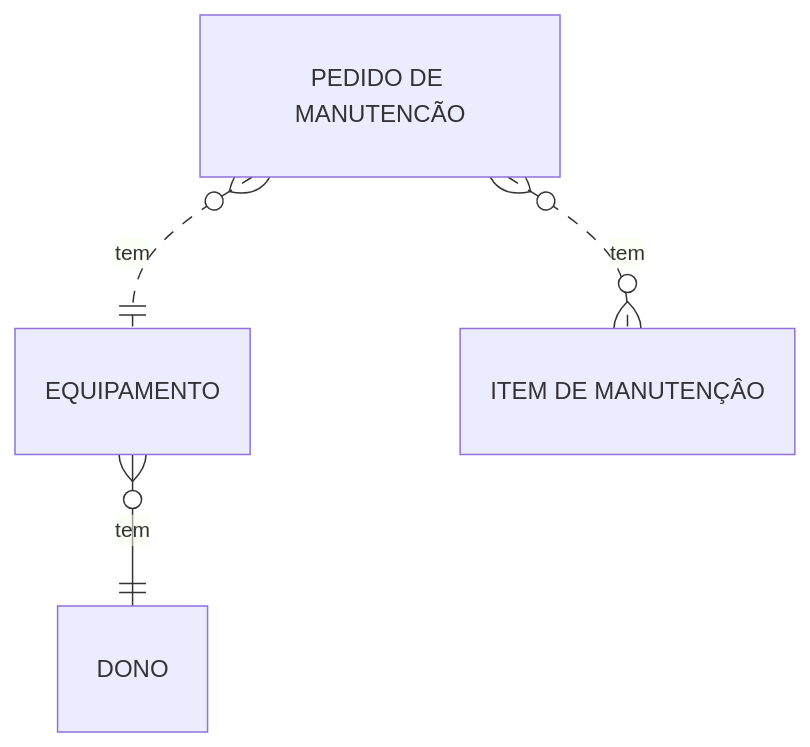
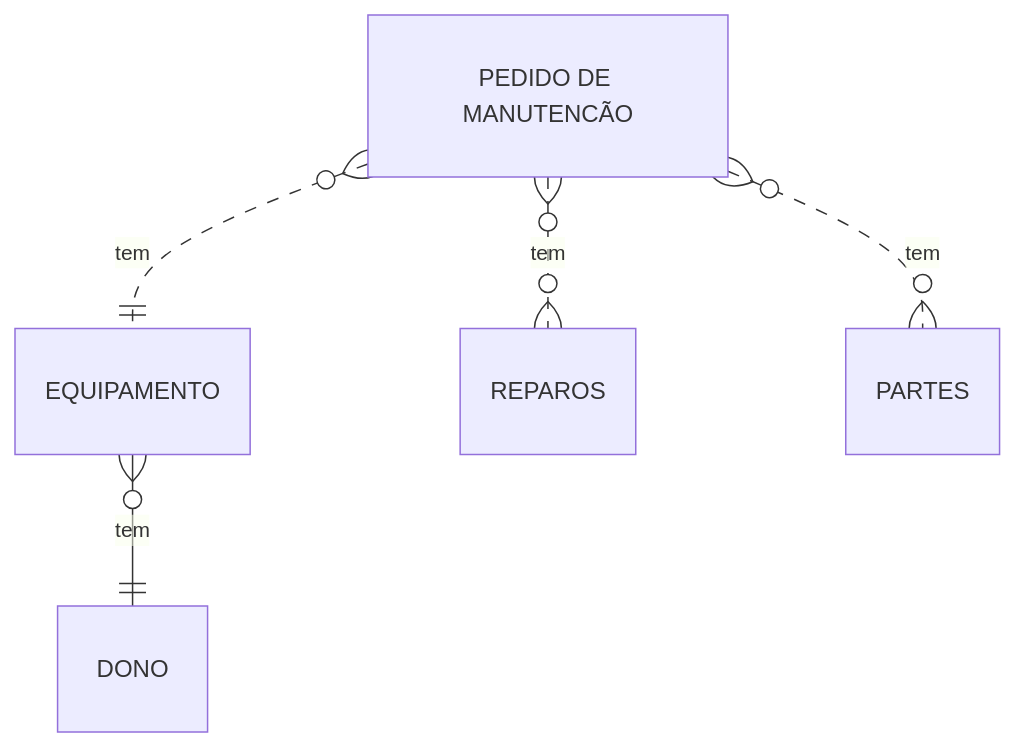
Before and after one commit to radialserial/Mixer: the first of 2 diagrams in README.md, drawn with Mermaid. The commit also changed other lines of this file, not shown here.

Commit message:
docs(README): split maintenance item into repairs and parts

````diff
--- a/README.md
+++ b/README.md
@@ -3,6 +3,7 @@
 ```mermaid
 erDiagram
     EQUIPAMENTO }o -- || DONO : tem
     "PEDIDO DE MANUTENCÃO" }o..|| EQUIPAMENTO : tem
-    "PEDIDO DE MANUTENCÃO" }o..o{ "ITEM DE MANUTENÇÂO" : tem
+    "PEDIDO DE MANUTENCÃO" }o..o{ "REPAROS" : tem
+    "PEDIDO DE MANUTENCÃO" }o..o{ "PARTES" : tem
 ```
````
